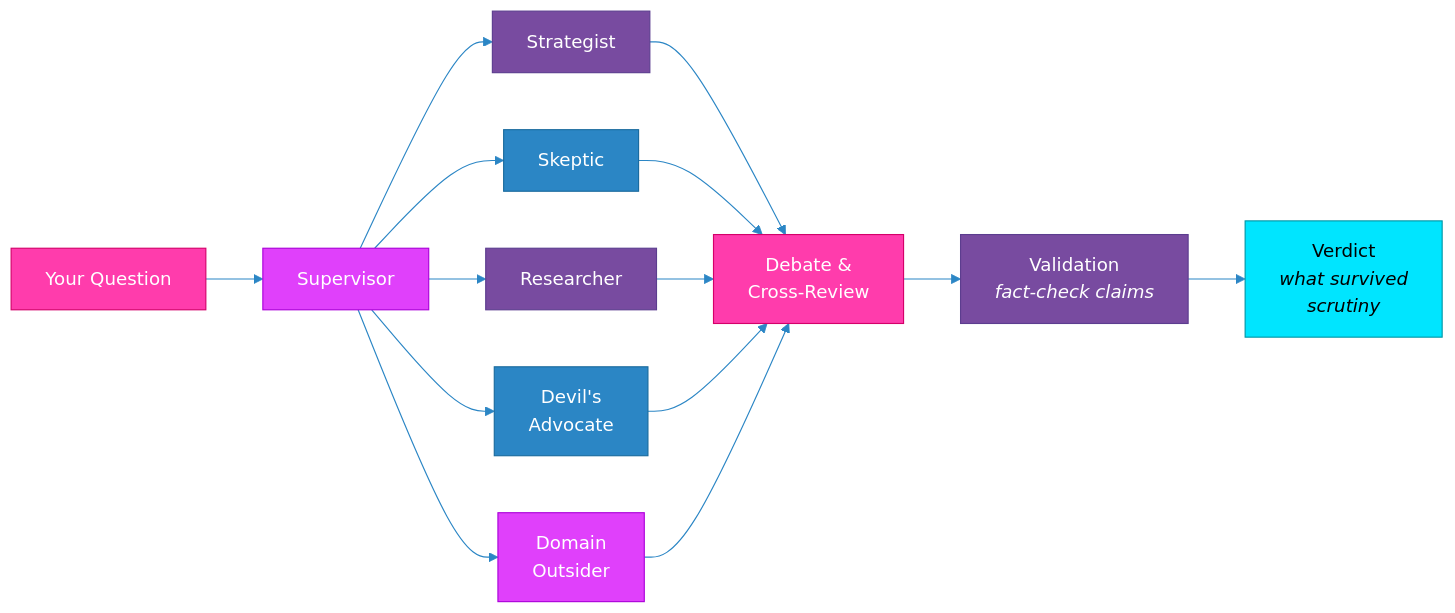
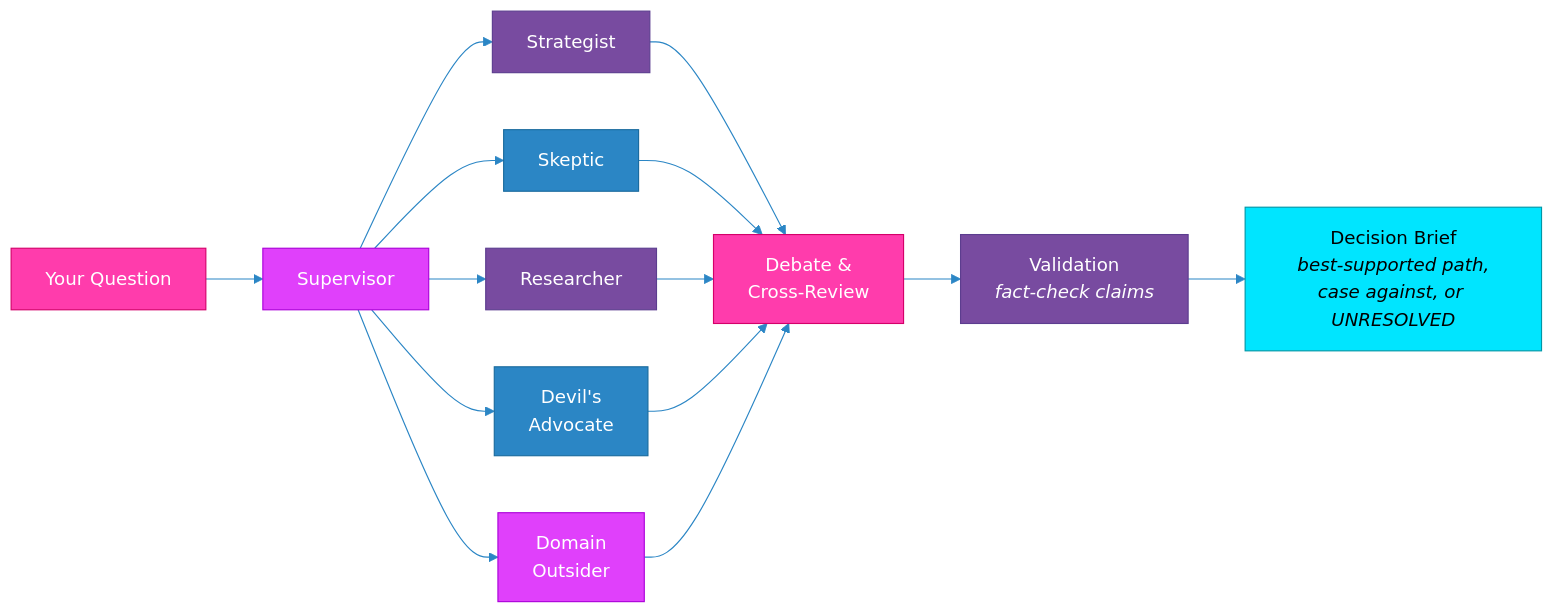
Before and after one commit to qinnovates/quorum: the fourth of 12 diagrams in README.md, drawn with Mermaid. The commit also changed other lines of this file and 16 other files, not shown here.

````diff
--- a/README.md
+++ b/README.md
@@ -198,24 +274,24 @@
 ```mermaid
 %%{init: {'theme': 'base', 'themeVariables': {'lineColor': '#2B86C5', 'background': '#0d1117'}}}%%
 graph LR
     Q["Your Question"] --> S["Supervisor"]
     S --> A1["Strategist"]
     S --> A2["Skeptic"]
     S --> A3["Researcher"]
     S --> A4["Devil's<br/>Advocate"]
     S --> A5["Domain<br/>Outsider"]
     A1 & A2 & A3 & A4 & A5 --> D["Debate &<br/>Cross-Review"]
     D --> V["Validation<br/><i>fact-check claims</i>"]
-    V --> R["Verdict<br/><i>what survived<br/>scrutiny</i>"]
+    V --> R["Decision Brief<br/><i>best-supported path,<br/>case against, or UNRESOLVED</i>"]
 
     style Q fill:#FF3CAC,stroke:#D4006A,color:#fff
     style S fill:#E040FB,stroke:#AB00D9,color:#fff
     style A1 fill:#784BA0,stroke:#5C3D8F,color:#fff
     style A2 fill:#2B86C5,stroke:#1A6B9E,color:#fff
     style A3 fill:#784BA0,stroke:#5C3D8F,color:#fff
     style A4 fill:#2B86C5,stroke:#1A6B9E,color:#fff
     style A5 fill:#E040FB,stroke:#AB00D9,color:#fff
     style D fill:#FF3CAC,stroke:#D4006A,color:#fff
     style V fill:#784BA0,stroke:#5C3D8F,color:#fff
     style R fill:#00E5FF,stroke:#0097A7,color:#000
 ```
````
